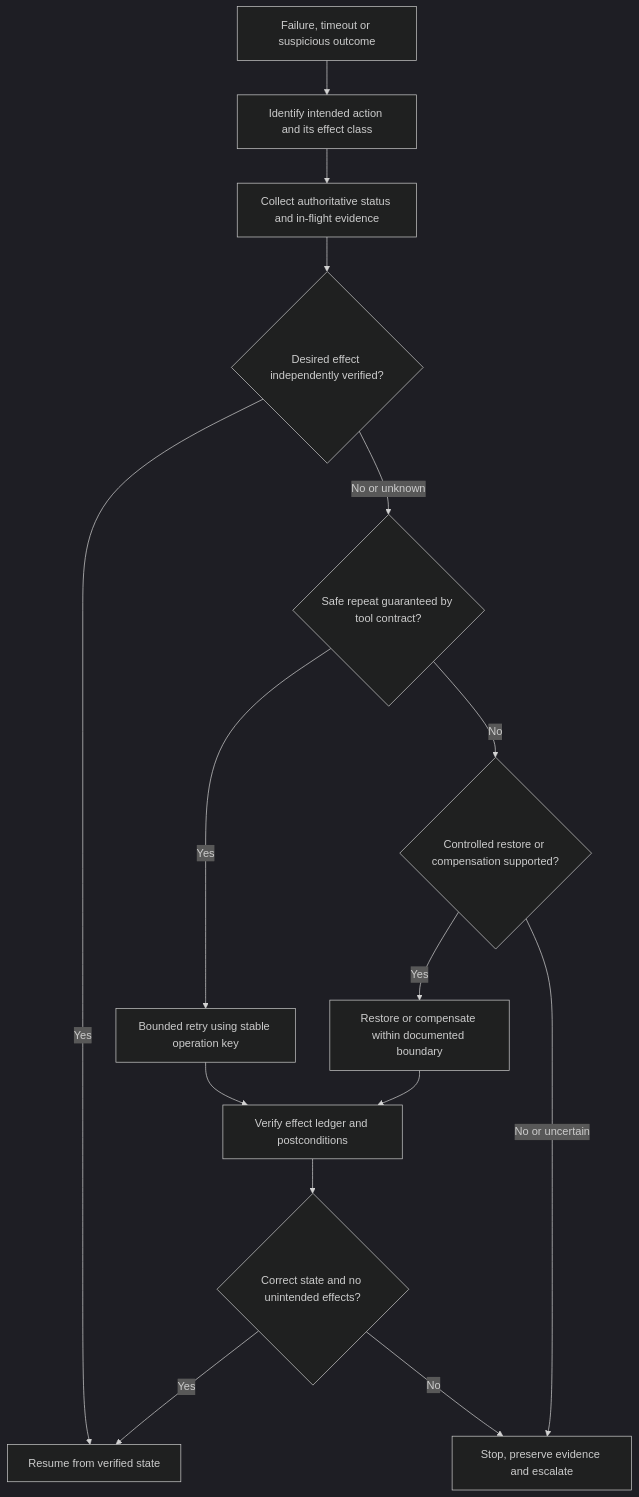
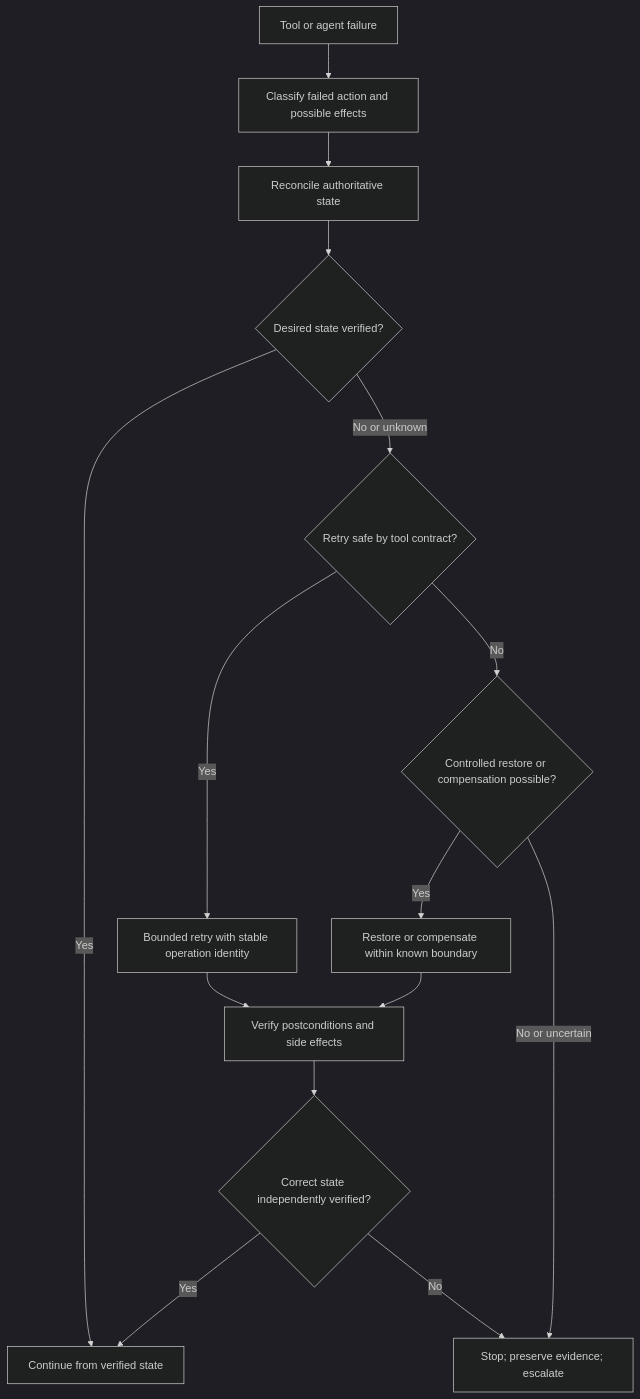
The diagram in README.md (MohammadAsadolahi/Awesome-Agent-Recovery), drawn with Mermaid (dark theme) before and after one commit. The commit also changed other lines of this file and 19 other files, not shown here.

````diff
--- a/README.md
+++ b/README.md
@@ -130,17 +60,17 @@
 ```mermaid
 flowchart TD
-    A["Failure, timeout or suspicious outcome"] --> B["Identify intended action and its effect class"]
-    B --> C["Collect authoritative status and in-flight evidence"]
-    C --> D{"Desired effect independently verified?"}
-    D -->|Yes| Z["Resume from verified state"]
-    D -->|No or unknown| E{"Safe repeat guaranteed by tool contract?"}
-    E -->|Yes| F["Bounded retry using stable operation key"]
-    E -->|No| G{"Controlled restore or compensation supported?"}
-    G -->|Yes| H["Restore or compensate within documented boundary"]
-    G -->|No or uncertain| I["Stop, preserve evidence and escalate"]
-    F --> V["Verify effect ledger and postconditions"]
-    H --> V
-    V --> R{"Correct state and no unintended effects?"}
-    R -->|Yes| Z
-    R -->|No| I
+  A["Tool or agent failure"] --> B["Classify failed action and possible effects"]
+  B --> C["Reconcile authoritative state"]
+  C --> D{"Desired state verified?"}
+  D -->|Yes| Z["Continue from verified state"]
+  D -->|No or unknown| E{"Retry safe by tool contract?"}
+  E -->|Yes| F["Bounded retry with stable operation identity"]
+  E -->|No| G{"Controlled restore or compensation possible?"}
+  G -->|Yes| H["Restore or compensate within known boundary"]
+  G -->|No or uncertain| I["Stop; preserve evidence; escalate"]
+  F --> V["Verify postconditions and side effects"]
+  H --> V
+  V --> J{"Correct state independently verified?"}
+  J -->|Yes| Z
+  J -->|No| I
 ```
````
